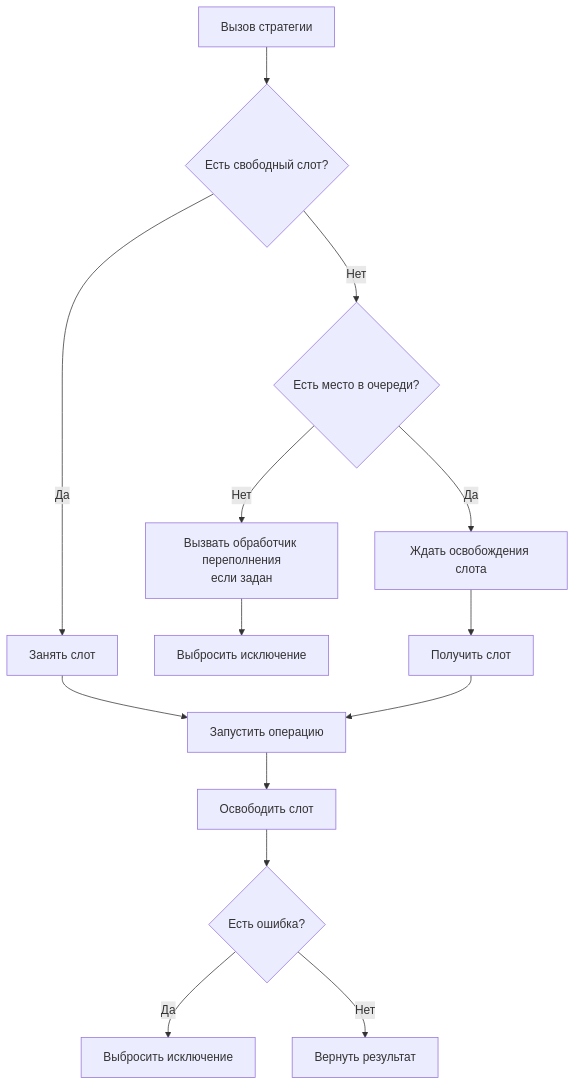
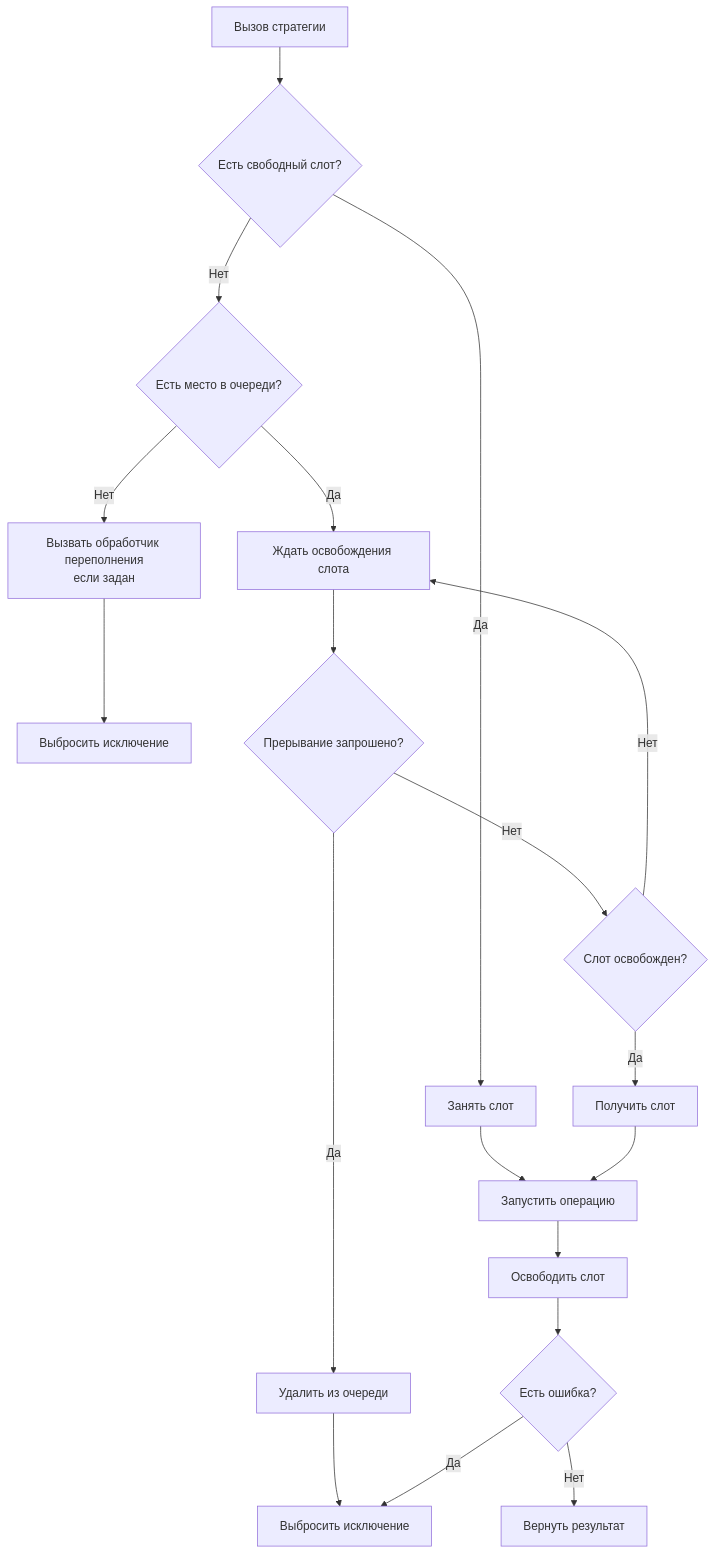
The diagram in docs/СтратегияОграниченияПараллелизма.md (Stivo182/oscript-resilience), drawn with Mermaid before and after one commit. The commit also changed other lines of this file and 3 other files, not shown here.

````diff
--- a/docs/СтратегияОграниченияПараллелизма.md
+++ b/docs/СтратегияОграниченияПараллелизма.md
@@ -59,16 +59,21 @@
 ```mermaid
 flowchart TD
     A[Вызов стратегии] --> B{Есть свободный слот?}
     B -- Да --> C[Занять слот]
     B -- Нет --> D{Есть место в очереди?}
     D -- Нет --> E[Вызвать обработчик переполнения<br/>если задан]
     E --> F[Выбросить исключение]
     D -- Да --> G[Ждать освобождения слота]
-    G --> H[Получить слот]
-    C --> I[Запустить операцию]
-    H --> I
-    I --> J[Освободить слот]
-    J --> K{Есть ошибка?}
-    K -- Да --> L[Выбросить исключение]
-    K -- Нет --> M[Вернуть результат]
+    G --> H{Прерывание запрошено?}
+    H -- Да --> I[Удалить из очереди]
+    I --> J[Выбросить исключение]
+    H -- Нет --> K{Слот освобожден?}
+    K -- Нет --> G
+    K -- Да --> L[Получить слот]
+    C --> M[Запустить операцию]
+    L --> M[Запустить операцию]
+    M --> N[Освободить слот]
+    N --> O{Есть ошибка?}
+    O -- Да --> J
+    O -- Нет --> P[Вернуть результат]
 ```
````
